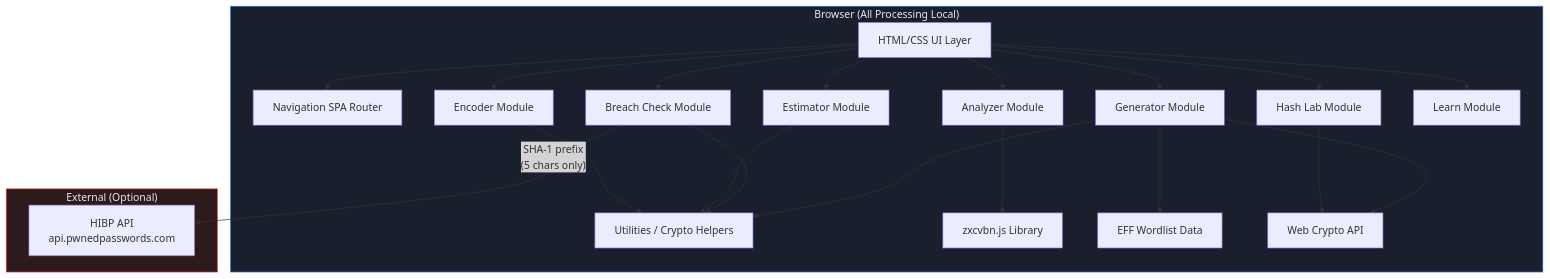
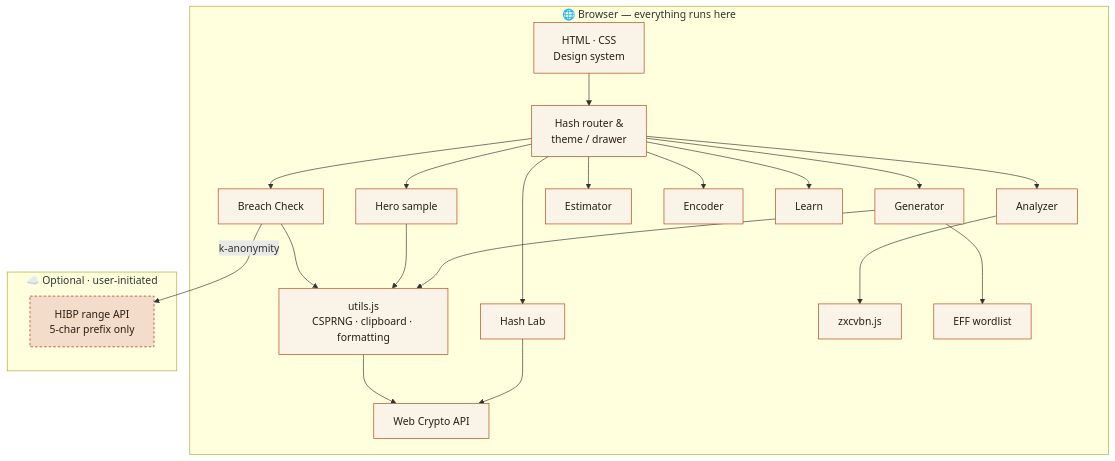
One commit to hamidrafique2-boop/CryptaKey changed the first of 2 diagrams in README.md. Above: the diagram before and after it, drawn with Mermaid. The commit also changed other lines of this file and 36 other files, not shown here.

````diff
--- a/README.md
+++ b/README.md
@@ -138,44 +171,38 @@
 ```mermaid
 graph TB
-    subgraph Browser ["Browser (All Processing Local)"]
-        UI[HTML/CSS UI Layer]
-        NAV[Navigation SPA Router]
-        GEN[Generator Module]
-        ANA[Analyzer Module]
-        BRC[Breach Check Module]
-        EST[Estimator Module]
-        HSH[Hash Lab Module]
-        ENC[Encoder Module]
-        LRN[Learn Module]
-        UTL[Utilities / Crypto Helpers]
-        ZXC[zxcvbn.js Library]
-        WDL[EFF Wordlist Data]
-        WCA[Web Crypto API]
+    subgraph Browser ["🌐 Browser — everything runs here"]
+        UI["HTML · CSS<br/>Design system"]
+        NAV["Hash router &<br/>theme / drawer"]
+        GEN["Generator"]
+        ANA["Analyzer"]
+        BRC["Breach Check"]
+        EST["Estimator"]
+        HSH["Hash Lab"]
+        ENC["Encoder"]
+        LRN["Learn"]
+        HERO["Hero sample"]
+        UTL["utils.js<br/>CSPRNG · clipboard · formatting"]
+        ZXC["zxcvbn.js"]
+        WDL["EFF wordlist"]
+        WCA["Web Crypto API"]
     end
 
-    subgraph External ["External (Optional)"]
-        HIBP[HIBP API<br>api.pwnedpasswords.com]
+    subgraph External ["☁️ Optional · user-initiated"]
+        HIBP["HIBP range API<br/>5-char prefix only"]
     end
 
     UI --> NAV
-    UI --> GEN
-    UI --> ANA
-    UI --> BRC
-    UI --> EST
-    UI --> HSH
-    UI --> ENC
-    UI --> LRN
-
-    GEN --> UTL
-    GEN --> WCA
-    GEN --> WDL
+    NAV --> GEN & ANA & BRC & EST & HSH & ENC & LRN & HERO
+    GEN --> UTL & WDL
+    HERO --> UTL
     ANA --> ZXC
     BRC --> UTL
-    BRC -->|"SHA-1 prefix<br>(5 chars only)"| HIBP
-    EST --> UTL
+    BRC -->|"k-anonymity"| HIBP
     HSH --> WCA
-    ENC --> UTL
+    UTL --> WCA
 
-    style Browser fill:#1a1f2e,stroke:#3b82f6,color:#e8eaf0
-    style External fill:#2d1a1a,stroke:#ef4444,color:#e8eaf0
+    classDef local fill:#faf4e8,stroke:#b2420f,color:#2b1d14;
+    classDef ext fill:#f3dcc9,stroke:#8f320a,color:#2b1d14,stroke-dasharray:4 3;
+    class UI,NAV,GEN,ANA,BRC,EST,HSH,ENC,LRN,HERO,UTL,ZXC,WDL,WCA local;
+    class HIBP ext;
 ```
````
